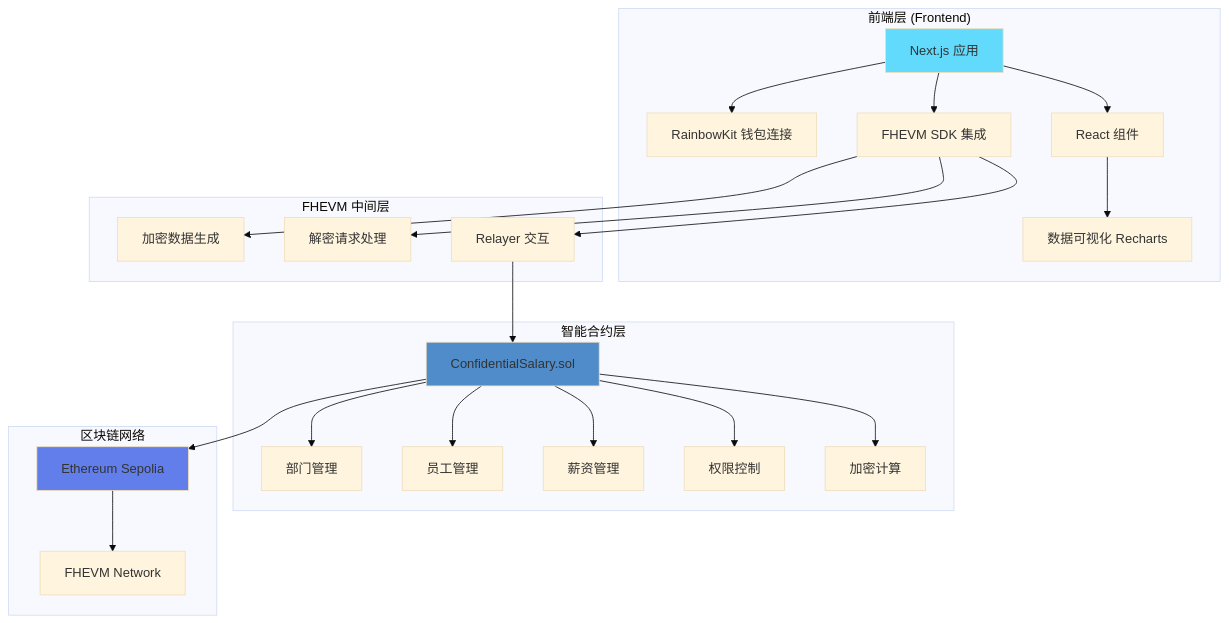
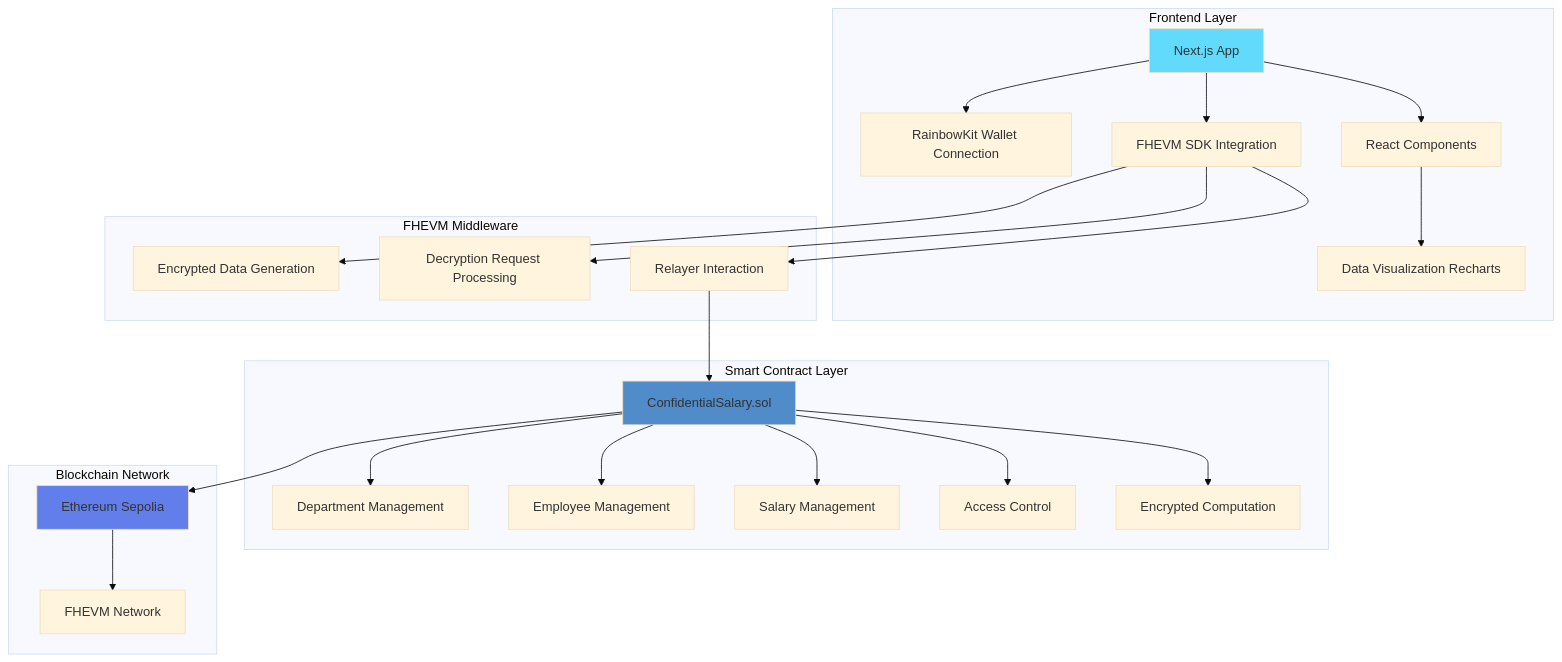
One commit to 673342907/SalaryPrivacy changed the first of 2 diagrams in README.md. Above: the diagram before and after it, drawn with Mermaid (base theme). The commit also changed other lines of this file and 5 other files, not shown here.

````diff
--- a/README.md
+++ b/README.md
@@ -86,35 +86,35 @@
 ```mermaid
 graph TB
-    subgraph "前端层 (Frontend)"
-        A[Next.js 应用] --> B[RainbowKit 钱包连接]
-        A --> C[FHEVM SDK 集成]
-        A --> D[React 组件]
-        D --> E[数据可视化 Recharts]
+    subgraph "Frontend Layer"
+        A[Next.js App] --> B[RainbowKit Wallet Connection]
+        A --> C[FHEVM SDK Integration]
+        A --> D[React Components]
+        D --> E[Data Visualization Recharts]
     end
     
-    subgraph "FHEVM 中间层"
-        C --> F[加密数据生成]
-        C --> G[解密请求处理]
-        C --> H[Relayer 交互]
+    subgraph "FHEVM Middleware"
+        C --> F[Encrypted Data Generation]
+        C --> G[Decryption Request Processing]
+        C --> H[Relayer Interaction]
     end
     
-    subgraph "智能合约层"
-        I[ConfidentialSalary.sol] --> J[部门管理]
-        I --> K[员工管理]
-        I --> L[薪资管理]
-        I --> M[权限控制]
-        I --> N[加密计算]
+    subgraph "Smart Contract Layer"
+        I[ConfidentialSalary.sol] --> J[Department Management]
+        I --> K[Employee Management]
+        I --> L[Salary Management]
+        I --> M[Access Control]
+        I --> N[Encrypted Computation]
     end
     
-    subgraph "区块链网络"
+    subgraph "Blockchain Network"
         O[Ethereum Sepolia]
         O --> P[FHEVM Network]
     end
     
     H --> I
     I --> O
     
     style A fill:#61dafb
     style I fill:#4f8cc9
     style O fill:#627eea
 ```
````
